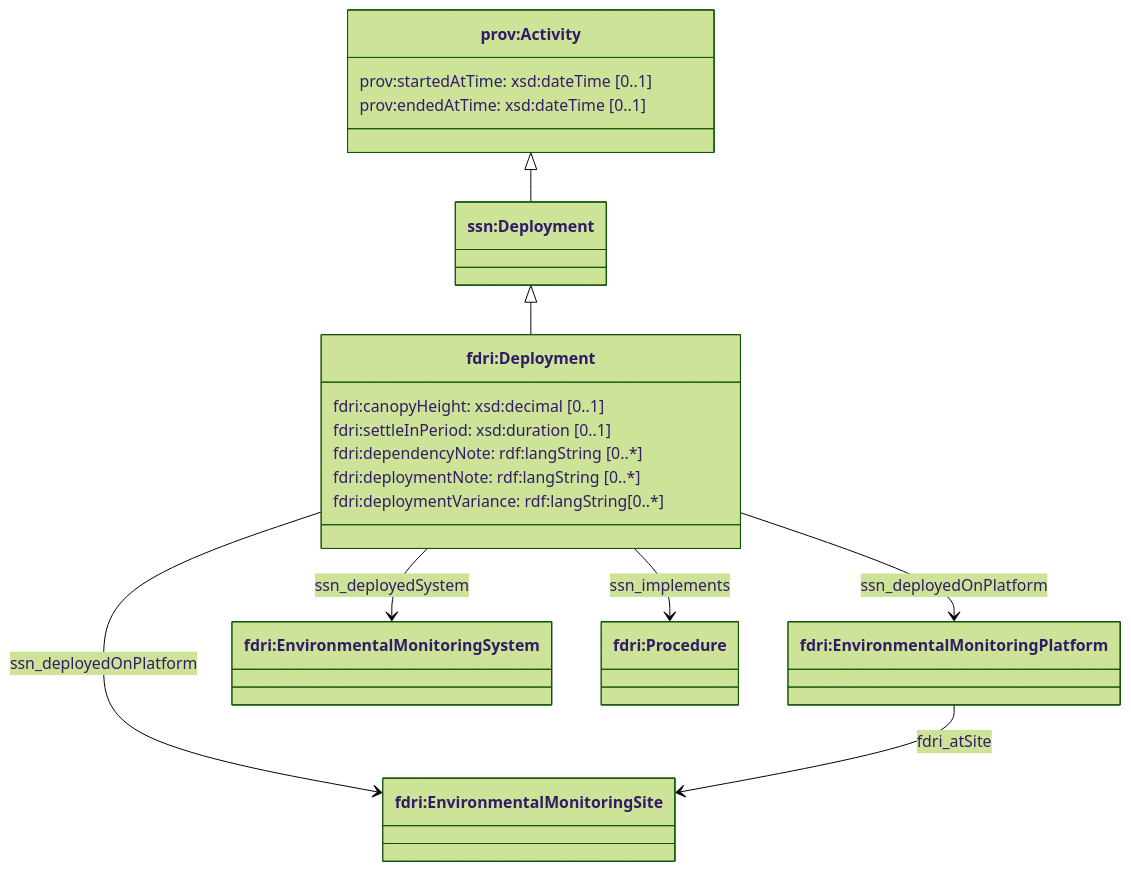
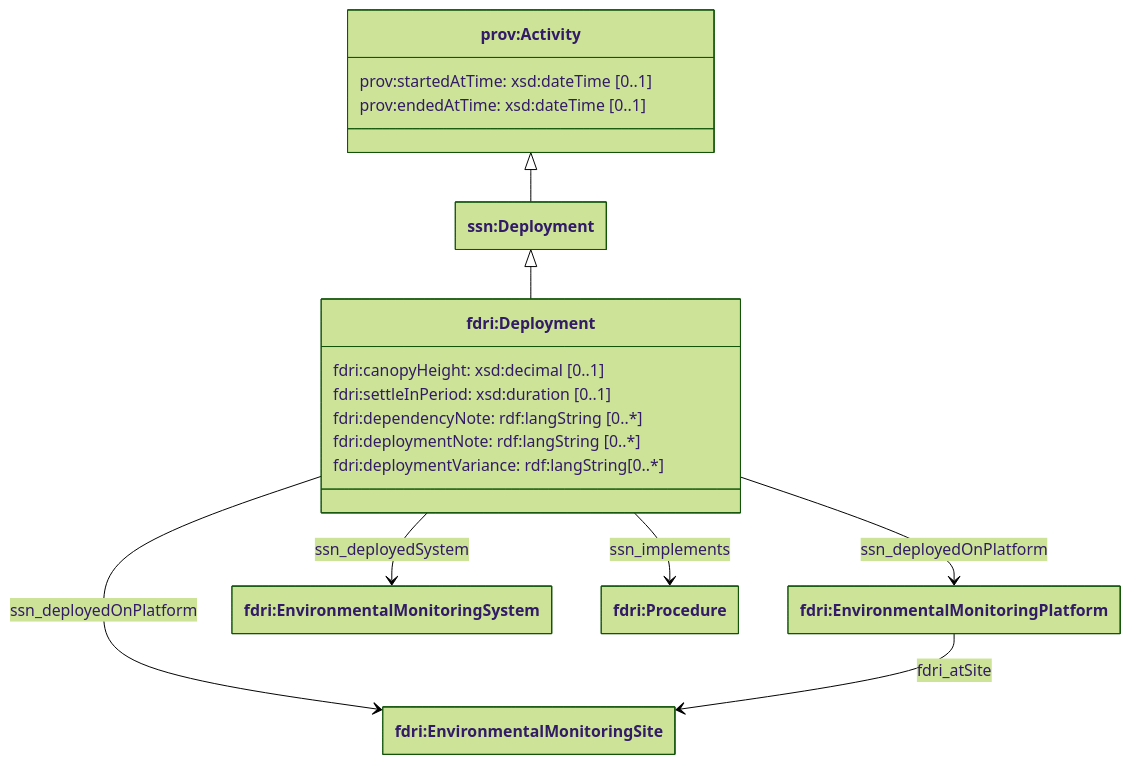
One commit to NERC-CEH/fdri-ontology changed the first of 2 diagrams in doc/deployments.md. Above: the diagram before and after it, drawn with Mermaid (forest theme). The commit also changed other lines of this file, not shown here.

````diff
--- a/doc/deployments.md
+++ b/doc/deployments.md
@@ -20,29 +20,32 @@
 ```mermaid
+---
+  config: { class: { hideEmptyMembersBox: true } }
+---
 classDiagram
   direction TB
   class EMPlatform["fdri:EnvironmentalMonitoringPlatform"]
   class EMSystem["fdri:EnvironmentalMonitoringSystem"]
   class EMSite["fdri:EnvironmentalMonitoringSite"]
   class Activity["prov:Activity"] {
     prov:startedAtTime: xsd:dateTime [0..1]
     prov:endedAtTime: xsd:dateTime [0..1]
   }
   class Deployment["ssn:Deployment"]
   class EMDeployment["fdri:Deployment"]
   class EMDeployment {
     fdri:canopyHeight: xsd:decimal [0..1]
     fdri:settleInPeriod: xsd:duration [0..1]
     fdri:dependencyNote: rdf:langString [0..*]
     fdri:deploymentNote: rdf:langString [0..*]
     fdri:deploymentVariance: rdf:langString[0..*]
   }
   class Procedure["fdri:Procedure"]
   Activity <|-- Deployment
   Deployment <|-- EMDeployment
 
   EMDeployment --> EMPlatform: ssn_deployedOnPlatform
   EMDeployment --> EMSite: ssn_deployedOnPlatform
   EMDeployment --> EMSystem: ssn_deployedSystem
   EMDeployment --> Procedure: ssn_implements
   EMPlatform --> EMSite: fdri_atSite
 ```
````
